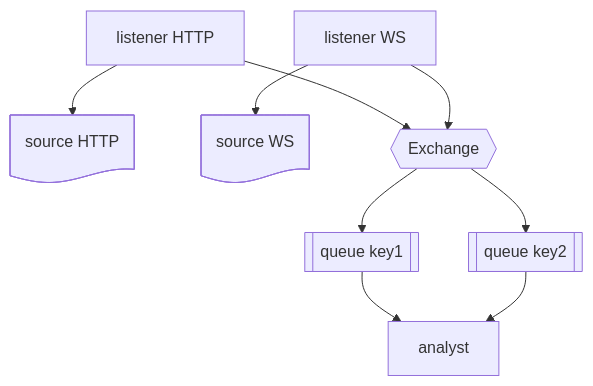
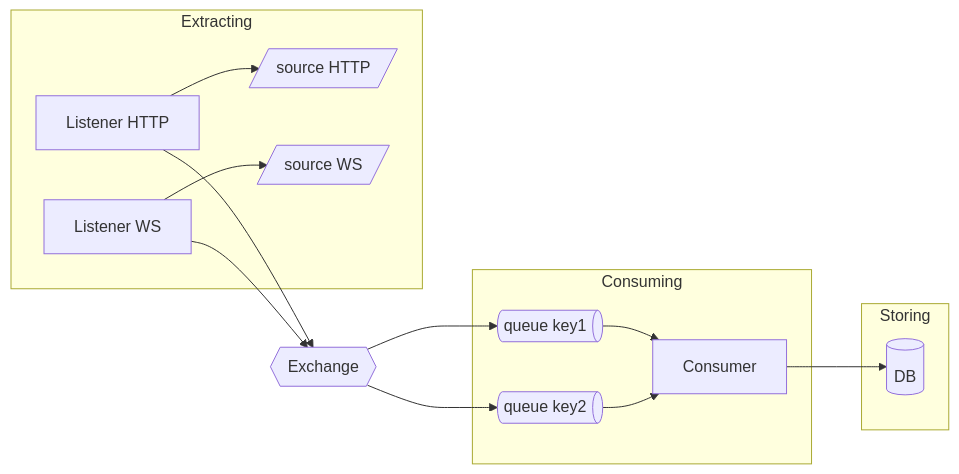
Before and after one commit to lostipani/pastiposte: the first of 4 diagrams in README.md, drawn with Mermaid. The commit also changed other lines of this file and 29 other files, not shown here.

````diff
--- a/README.md
+++ b/README.md
@@ -2,8 +2,21 @@
 ```mermaid
-flowchart TD
-  listHTTP@{ shape: rect, label: "listener HTTP" } --> s1@{ shape: doc, label: "source HTTP" }
-  listWS@{ shape: rect, label: "listener WS" } --> s2@{ shape: doc, label: "source WS" }
+flowchart LR
+  subgraph Extracting
+  listHTTP@{ shape: rect, label: "Listener HTTP" } --> s1@{ shape: lean-r, label: "source HTTP" }
+  listWS@{ shape: rect, label: "Listener WS" } --> s2@{ shape: lean-r, label: "source WS" }
+  end
+
   listHTTP & listWS --> exc@{ shape: hex, label: "Exchange" }
-  exc --> q1@{ shape: subproc, label: "queue key1" } --> analyst
-  exc --> q2@{ shape: subproc, label: "queue key2" } --> analyst
+  exc --> q1@{ shape: das, label: "queue key1" }
+  exc --> q2@{ shape: das, label: "queue key2" }
+
+  subgraph Consuming
+  q1 & q2 --> Consumer
+  end
+
+  Consumer --> db@{ shape: cyl, label: "DB"}
+
+  subgraph Storing
+  db
+  end
 ```
````
